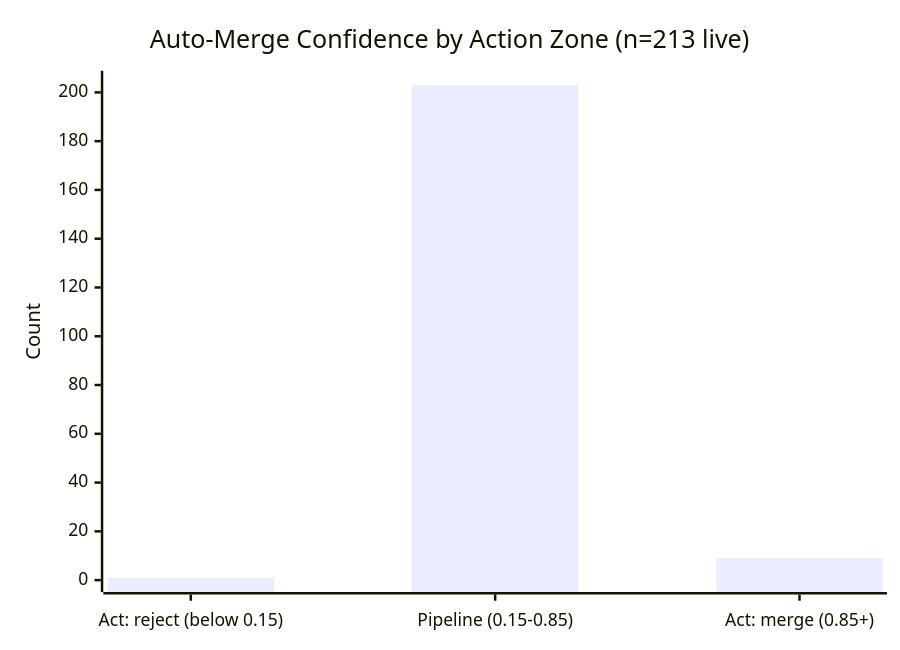
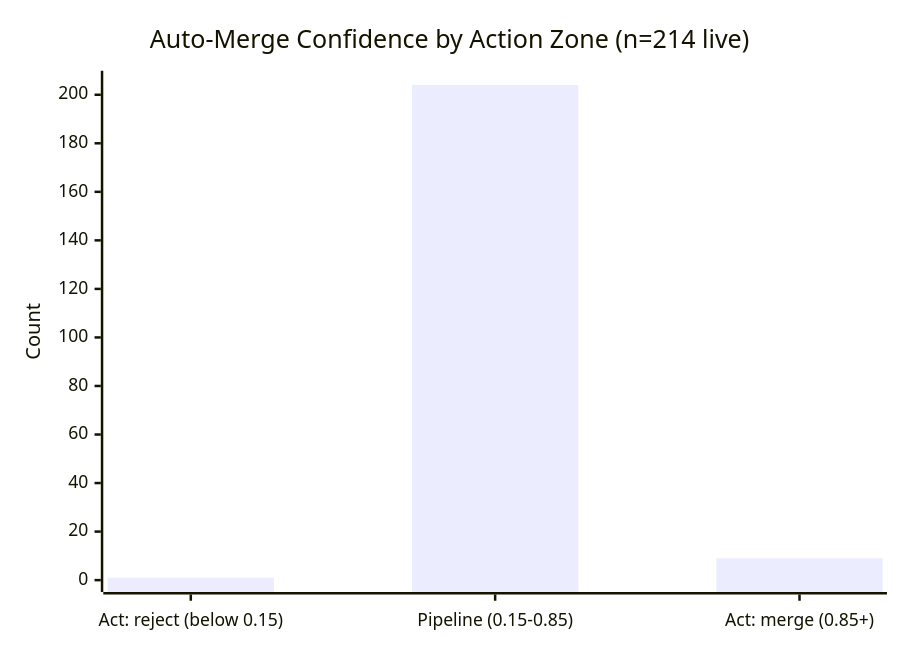
One commit to Sanctum-Origo-Systems/autoloop changed the second of 6 diagrams in JEV.md. Above: the diagram before and after it, drawn with Mermaid. The commit also changed other lines of this file, not shown here.

````diff
--- a/JEV.md
+++ b/JEV.md
@@ -17,7 +17,7 @@
 ```mermaid
 xychart-beta
-    title "Auto-Merge Confidence by Action Zone (n=213 live)"
+    title "Auto-Merge Confidence by Action Zone (n=214 live)"
     x-axis ["Act: reject (below 0.15)", "Pipeline (0.15-0.85)", "Act: merge (0.85+)"]
-    y-axis "Count" 0 --> 204
-    bar [1, 203, 9]
+    y-axis "Count" 0 --> 205
+    bar [1, 204, 9]
 ```
````
